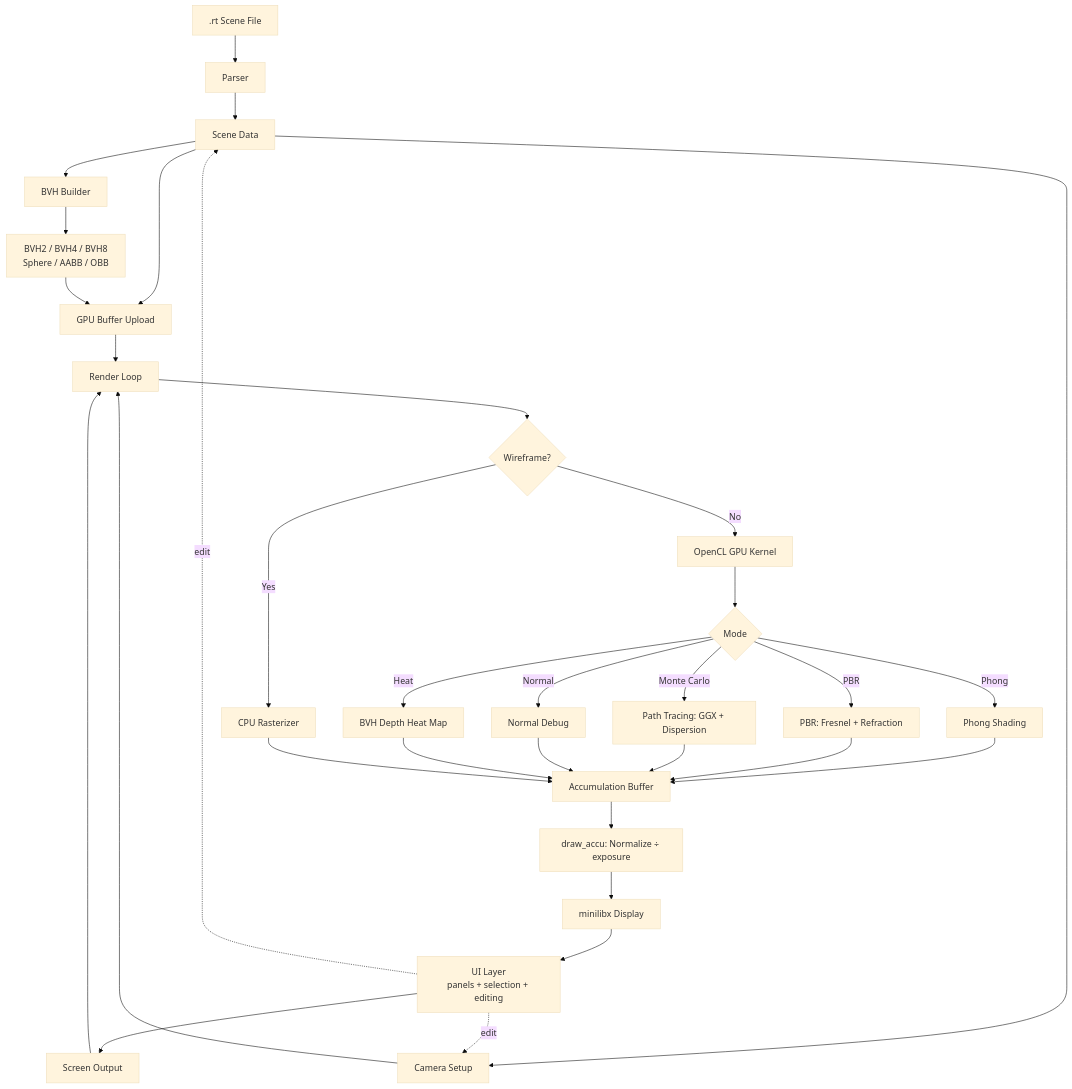
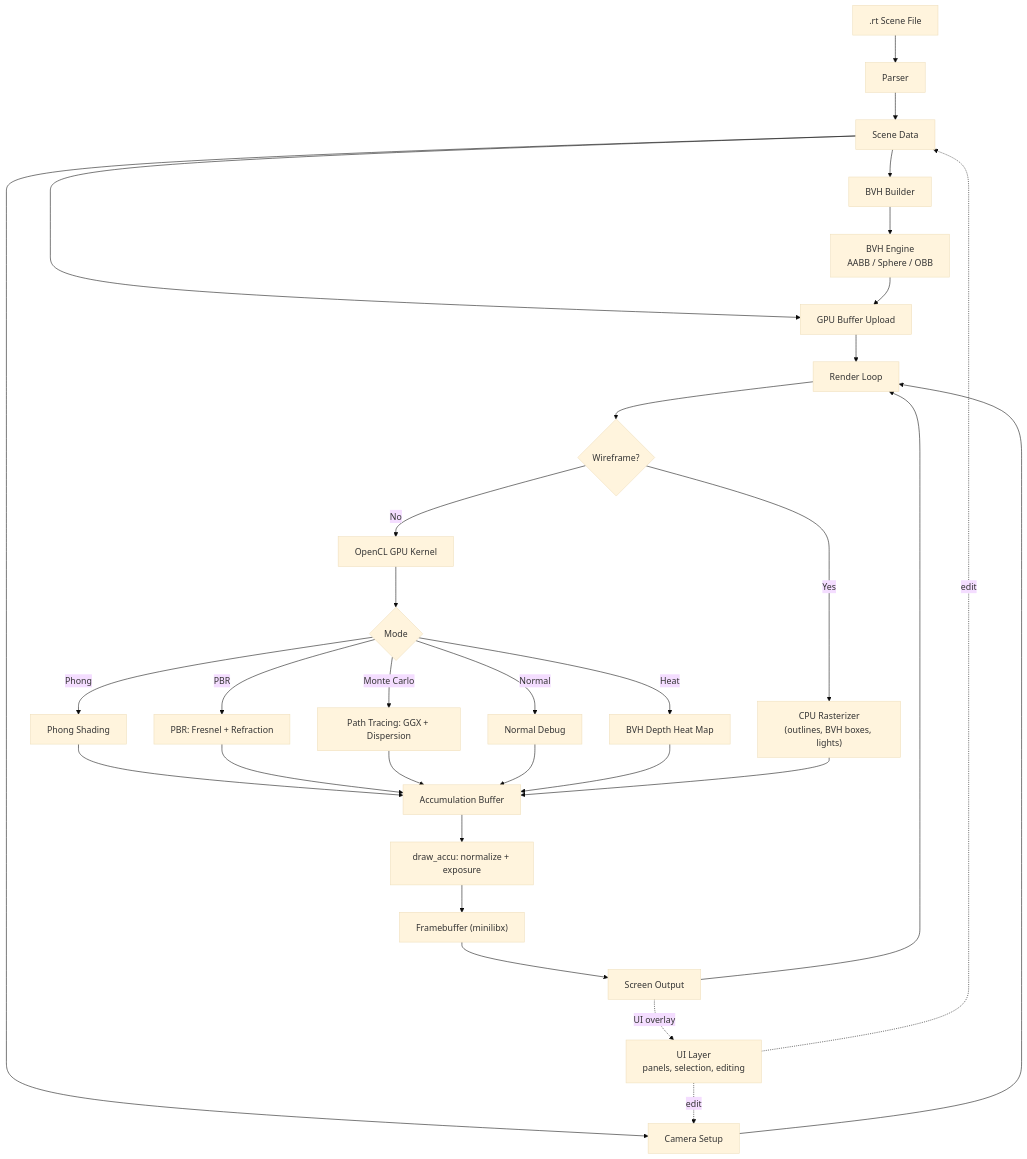
Before and after one commit to PabloBellissant/Minirt: the diagram in README.md, drawn with Mermaid (base theme). The commit also changed other lines of this file and 21 other files, not shown here.

Commit message:
docs: rewrite all documentation from ground up with accurate architecture, SVG diagrams, prose over bullets, honest reality check and scrapped features, and factual fixes

````diff
--- a/README.md
+++ b/README.md
@@ -22,34 +55,41 @@
 ```mermaid
+---
+config:
+  layout: dagre
+---
 flowchart TD
     A[".rt Scene File"] --> B["Parser"]
     B --> C["Scene Data"]
     C --> D["BVH Builder"]
     C --> E["Camera Setup"]
     C --> F["GPU Buffer Upload"]
-    D --> G["BVH2 / BVH4 / BVH8<br/>Sphere / AABB / OBB"]
+    D --> G["BVH Engine<br/>AABB / Sphere / OBB"]
     G --> F
     E --> H["Render Loop"]
     F --> H
+
     H --> I{"Wireframe?"}
-    I -- Yes --> J["CPU Rasterizer"]
+    I -- Yes --> J["CPU Rasterizer<br/>(outlines, BVH boxes, lights)"]
     I -- No --> K["OpenCL GPU Kernel"]
     K --> L{"Mode"}
     L -- Phong --> M["Phong Shading"]
     L -- PBR --> N["PBR: Fresnel + Refraction"]
     L -- Monte Carlo --> O["Path Tracing: GGX + Dispersion"]
     L -- Normal --> P["Normal Debug"]
     L -- Heat --> Q["BVH Depth Heat Map"]
+
     M --> R["Accumulation Buffer"]
     N --> R
     O --> R
     P --> R
     Q --> R
     J --> R
-    R --> S["draw_accu: Normalize ÷ exposure"]
-    S --> T["minilibx Display"]
-    T --> U["UI Layer<br/>panels + selection + editing"]
-    U --> V["Screen Output"]
-    U -.->|"edit"| C
-    U -.->|"edit"| E
-    V --> H
+
+    R --> S["draw_accu: normalize + exposure"]
+    S --> T["Framebuffer (minilibx)"]
+    T --> U["Screen Output"]
+    U -.->|"UI overlay"| UI["UI Layer<br/>panels, selection, editing"]
+    UI -.->|"edit"| C
+    UI -.->|"edit"| E
+    U --> H
 ```
````
